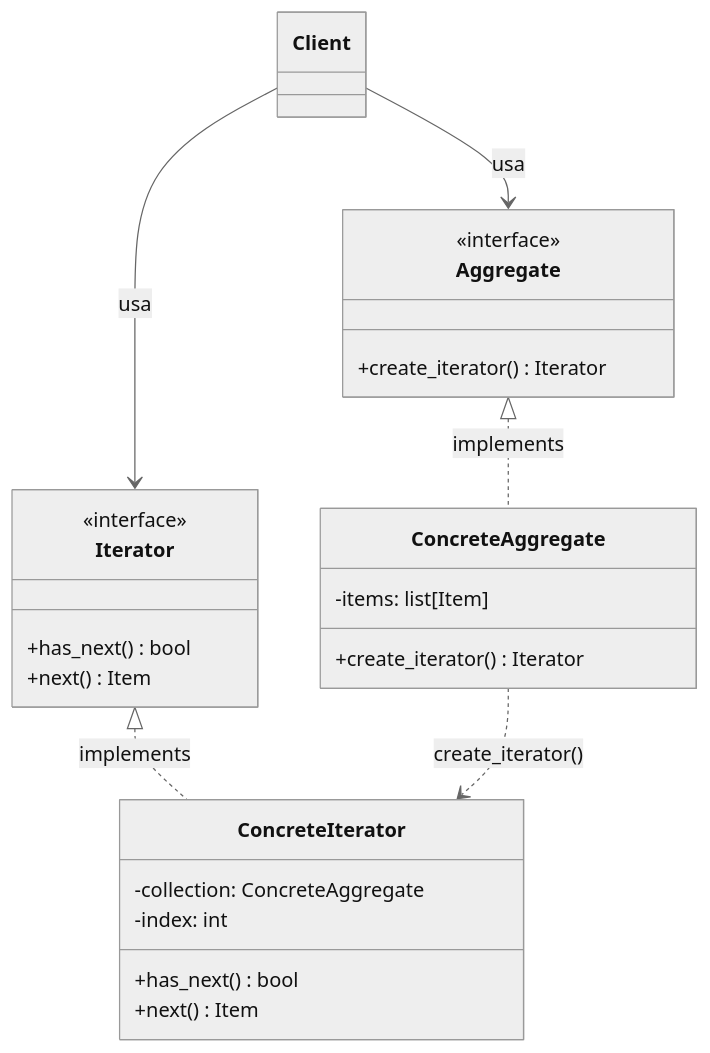
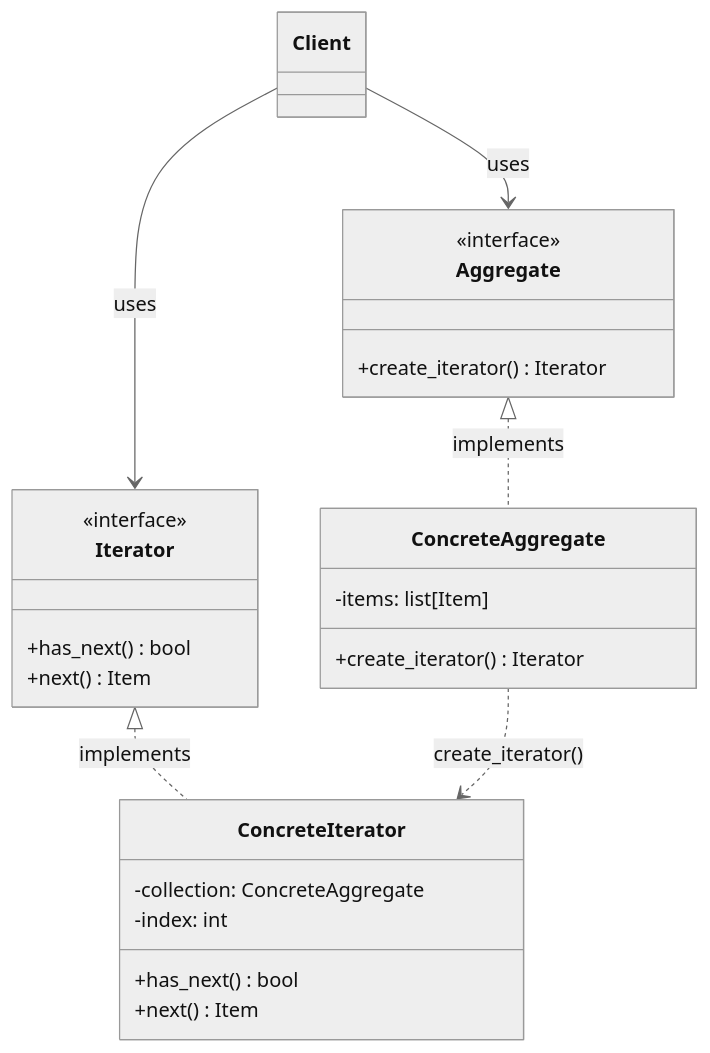
The first of 3 diagrams in 03_behavioral/iterator/README.md (lucadileo9/design-pattern), drawn with Mermaid (neutral theme) before and after one commit. The commit also changed other lines of this file and 43 other files, not shown here.

````diff
--- a/03_behavioral/iterator/README.md
+++ b/03_behavioral/iterator/README.md
@@ -35,29 +34,29 @@
 ```mermaid
 classDiagram
     class Iterator {
         <<interface>>
         +has_next() bool
         +next() Item
     }
     class ConcreteIterator {
         -collection: ConcreteAggregate
         -index: int
         +has_next() bool
         +next() Item
     }
     class Aggregate {
         <<interface>>
         +create_iterator() Iterator
     }
     class ConcreteAggregate {
         -items: list[Item]
         +create_iterator() Iterator
     }
     class Client
 
     Iterator <|.. ConcreteIterator : implements
     Aggregate <|.. ConcreteAggregate : implements
     ConcreteAggregate ..> ConcreteIterator : create_iterator()
-    Client --> Iterator : usa
-    Client --> Aggregate : usa
+    Client --> Iterator : uses
+    Client --> Aggregate : uses
 ```
````
